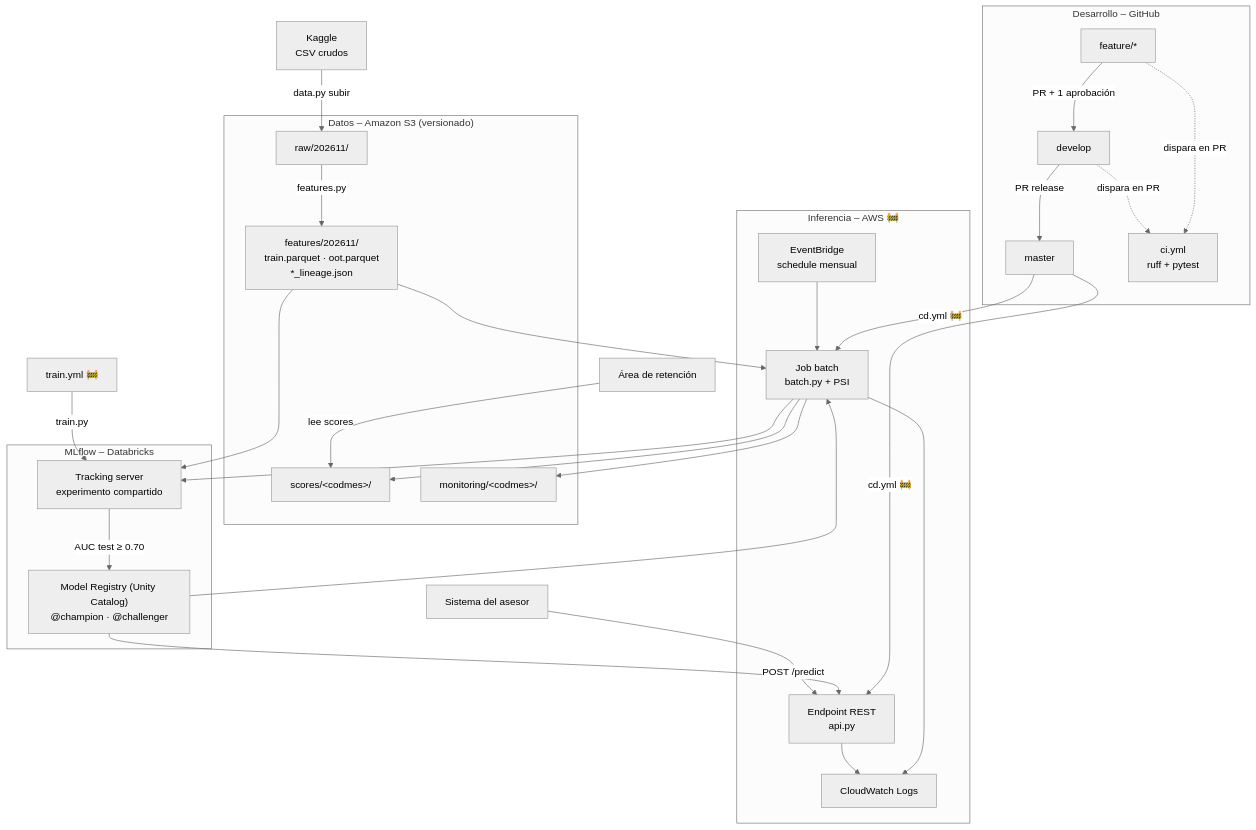
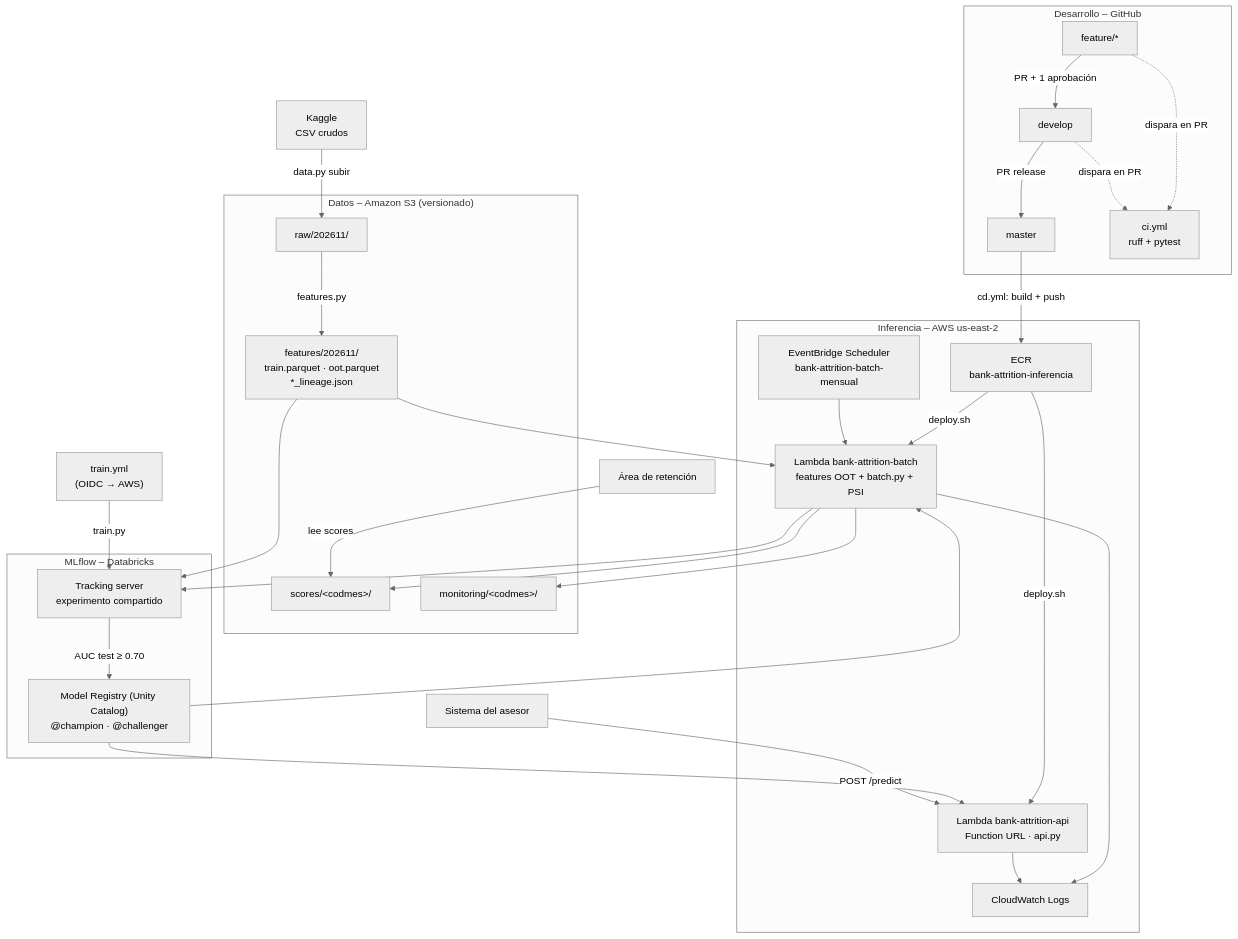
The diagram in docs/arquitectura.md (utec-curso-mlops-2026-2/mlops-bank-attrition-grupo3), drawn with Mermaid (neutral theme) before and after one commit. The commit also changed other lines of this file and 3 other files, not shown here.

First line of the commit message:
docs: documentar el despliegue en AWS (Lambda, Scheduler, OIDC y CD)

````diff
--- a/docs/arquitectura.md
+++ b/docs/arquitectura.md
@@ -8,49 +10,51 @@
 ```mermaid
 flowchart TB
     subgraph DEV["Desarrollo – GitHub"]
         F["feature/*"] -->|"PR + 1 aprobación"| D["develop"]
         D -->|"PR release"| M["master"]
         CI["ci.yml<br/>ruff + pytest"]
         F -. "dispara en PR" .-> CI
         D -. "dispara en PR" .-> CI
     end
 
     subgraph DATA["Datos – Amazon S3 (versionado)"]
         RAW["raw/202611/"]
         FEAT["features/202611/<br/>train.parquet · oot.parquet<br/>*_lineage.json"]
         SC["scores/&lt;codmes&gt;/"]
         MO["monitoring/&lt;codmes&gt;/"]
     end
 
     subgraph ML["MLflow – Databricks"]
         TR["Tracking server<br/>experimento compartido"]
         RG["Model Registry (Unity Catalog)<br/>@champion · @challenger"]
     end
 
-    subgraph INF["Inferencia – AWS 🚧"]
-        EB["EventBridge<br/>schedule mensual"]
-        BJ["Job batch<br/>batch.py + PSI"]
-        EP["Endpoint REST<br/>api.py"]
+    subgraph INF["Inferencia – AWS us-east-2"]
+        ECR["ECR<br/>bank-attrition-inferencia"]
+        EB["EventBridge Scheduler<br/>bank-attrition-batch-mensual"]
+        BJ["Lambda bank-attrition-batch<br/>features OOT + batch.py + PSI"]
+        EP["Lambda bank-attrition-api<br/>Function URL · api.py"]
         CW["CloudWatch Logs"]
     end
 
     KAG["Kaggle<br/>CSV crudos"] -->|"data.py subir"| RAW
     RAW -->|"features.py"| FEAT
-    TW["train.yml 🚧"] -->|"train.py"| TR
+    TW["train.yml<br/>(OIDC → AWS)"] -->|"train.py"| TR
     FEAT --> TR
     TR -->|"AUC test ≥ 0.70"| RG
 
-    M -->|"cd.yml 🚧"| BJ
-    M -->|"cd.yml 🚧"| EP
+    M -->|"cd.yml: build + push"| ECR
+    ECR -->|"deploy.sh"| BJ
+    ECR -->|"deploy.sh"| EP
     EB --> BJ
     RG --> BJ
     RG --> EP
     FEAT --> BJ
     BJ --> SC
     BJ --> MO
     BJ --> TR
     BJ --> CW
     EP --> CW
     U["Sistema del asesor"] -->|"POST /predict"| EP
     RET["Área de retención"] -->|"lee scores"| SC
 ```
````
